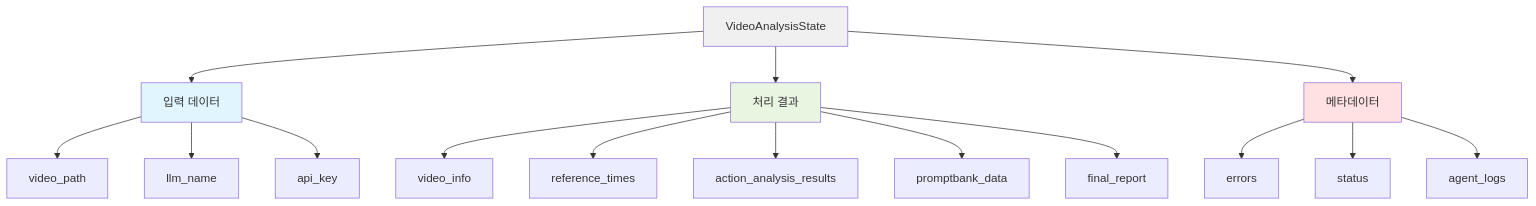
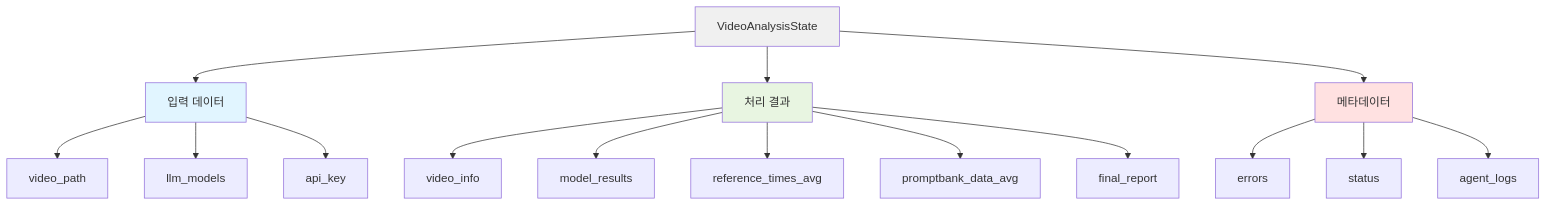
The fifth of 12 diagrams in app/ARCHITECTURE.md (BrianTakion/AI_inhaler_Langgraph), drawn with Mermaid before and after one commit. The commit also changed other lines of this file and 29 other files, not shown here.

````diff
--- a/app/ARCHITECTURE.md
+++ b/app/ARCHITECTURE.md
@@ -230,25 +196,25 @@
 ```mermaid
 graph TD
     A[VideoAnalysisState] --> B[입력 데이터]
     A --> C[처리 결과]
     A --> D[메타데이터]
     
     B --> B1[video_path]
-    B --> B2[llm_name]
+    B --> B2[llm_models]
     B --> B3[api_key]
     
     C --> C1[video_info]
-    C --> C2[reference_times]
-    C --> C3[action_analysis_results]
-    C --> C4[promptbank_data]
+    C --> C2[model_results]
+    C --> C3[reference_times_avg]
+    C --> C4[promptbank_data_avg]
     C --> C5[final_report]
     
     D --> D1[errors]
     D --> D2[status]
     D --> D3[agent_logs]
     
     style A fill:#f0f0f0
     style B fill:#e1f5ff
     style C fill:#e8f5e1
     style D fill:#ffe1e1
 ```
````
